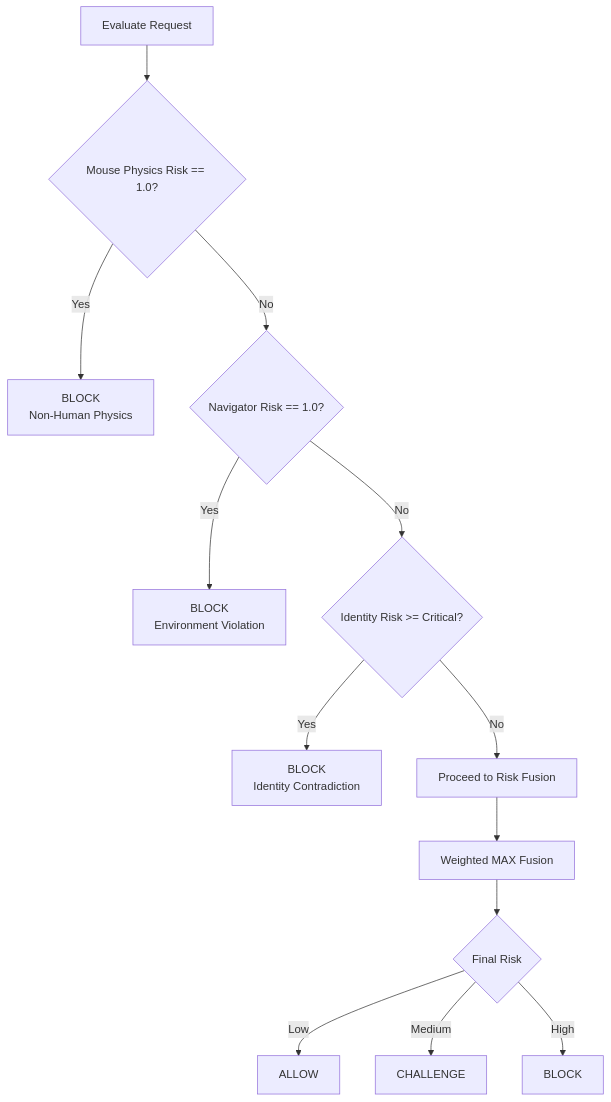
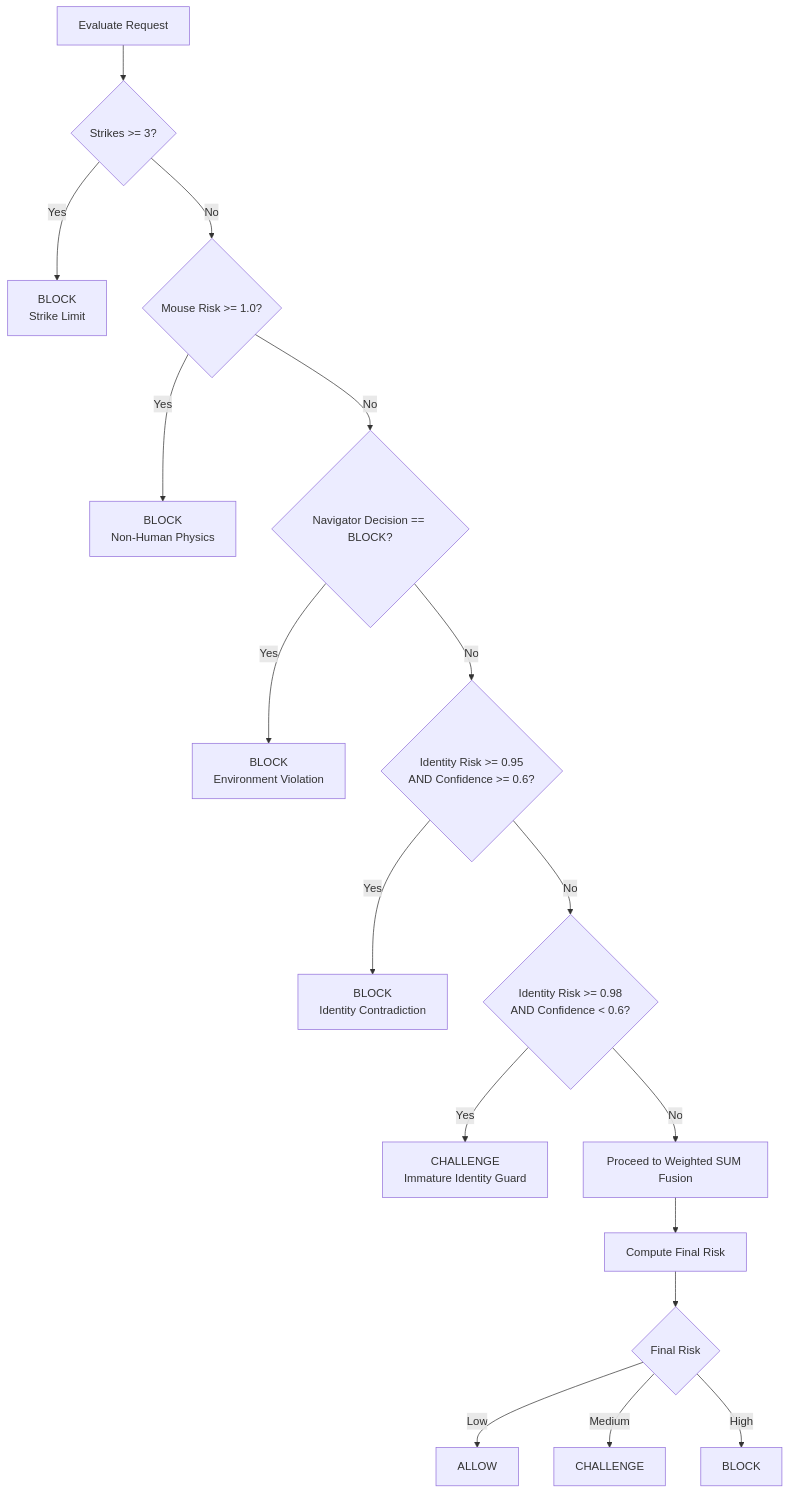
One commit to OFF-rtk/sentinel-core changed the third of 3 diagrams in docs/decision-engine.md. Above: the diagram before and after it, drawn with Mermaid. The commit also changed other lines of this file and 8 other files, not shown here.

````diff
--- a/docs/decision-engine.md
+++ b/docs/decision-engine.md
@@ -116,21 +121,27 @@
 ```mermaid 
 flowchart TD
-    Start[Evaluate Request] --> PhysicsCheck{Mouse Physics Risk == 1.0?}
+    Start[Evaluate Request] --> StrikeCheck{"Strikes >= 3?"}
     
-    PhysicsCheck -- Yes --> BlockPhysics[BLOCK<br/>Non-Human Physics]
-    PhysicsCheck -- No --> NavCheck{Navigator Risk == 1.0?}
+    StrikeCheck -- Yes --> BlockStrikes["BLOCK<br/>Strike Limit"]
+    StrikeCheck -- No --> PhysicsCheck{"Mouse Risk >= 1.0?"}
     
-    NavCheck -- Yes --> BlockNav[BLOCK<br/>Environment Violation]
-    NavCheck -- No --> IdentityCheck{Identity Risk >= Critical?}
+    PhysicsCheck -- Yes --> BlockPhysics["BLOCK<br/>Non-Human Physics"]
+    PhysicsCheck -- No --> NavCheck{"Navigator Decision == BLOCK?"}
     
-    IdentityCheck -- Yes --> BlockIdentity[BLOCK<br/>Identity Contradiction]
-    IdentityCheck -- No --> SoftFusion[Proceed to Risk Fusion]
+    NavCheck -- Yes --> BlockNav["BLOCK<br/>Environment Violation"]
+    NavCheck -- No --> IdentityCheck{"Identity Risk >= 0.95<br/>AND Confidence >= 0.6?"}
     
-    SoftFusion --> MaxRisk[Weighted MAX Fusion]
+    IdentityCheck -- Yes --> BlockIdentity["BLOCK<br/>Identity Contradiction"]
+    IdentityCheck -- No --> ImmatureGuard{"Identity Risk >= 0.98<br/>AND Confidence < 0.6?"}
+    
+    ImmatureGuard -- Yes --> ChallengeImmature["CHALLENGE<br/>Immature Identity Guard"]
+    ImmatureGuard -- No --> SoftFusion[Proceed to Weighted SUM Fusion]
+    
+    SoftFusion --> MaxRisk[Compute Final Risk]
     
     MaxRisk --> DecisionGate{Final Risk}
     
     DecisionGate -- Low --> Allow[ALLOW]
     DecisionGate -- Medium --> Challenge[CHALLENGE]
     DecisionGate -- High --> BlockSoft[BLOCK]
 ```
````
